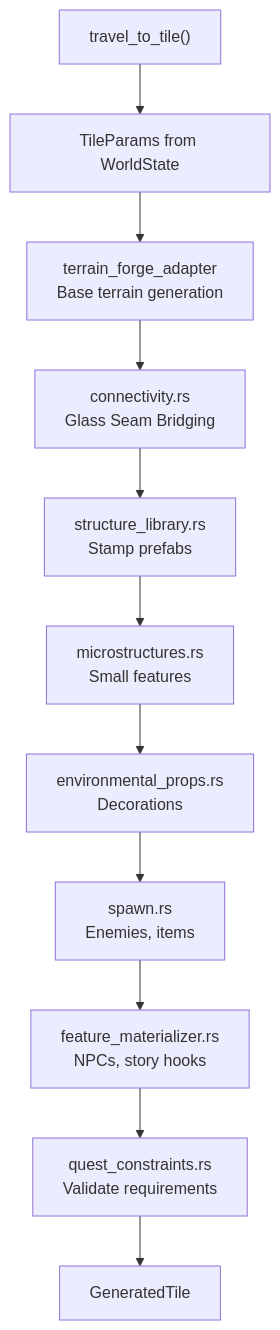
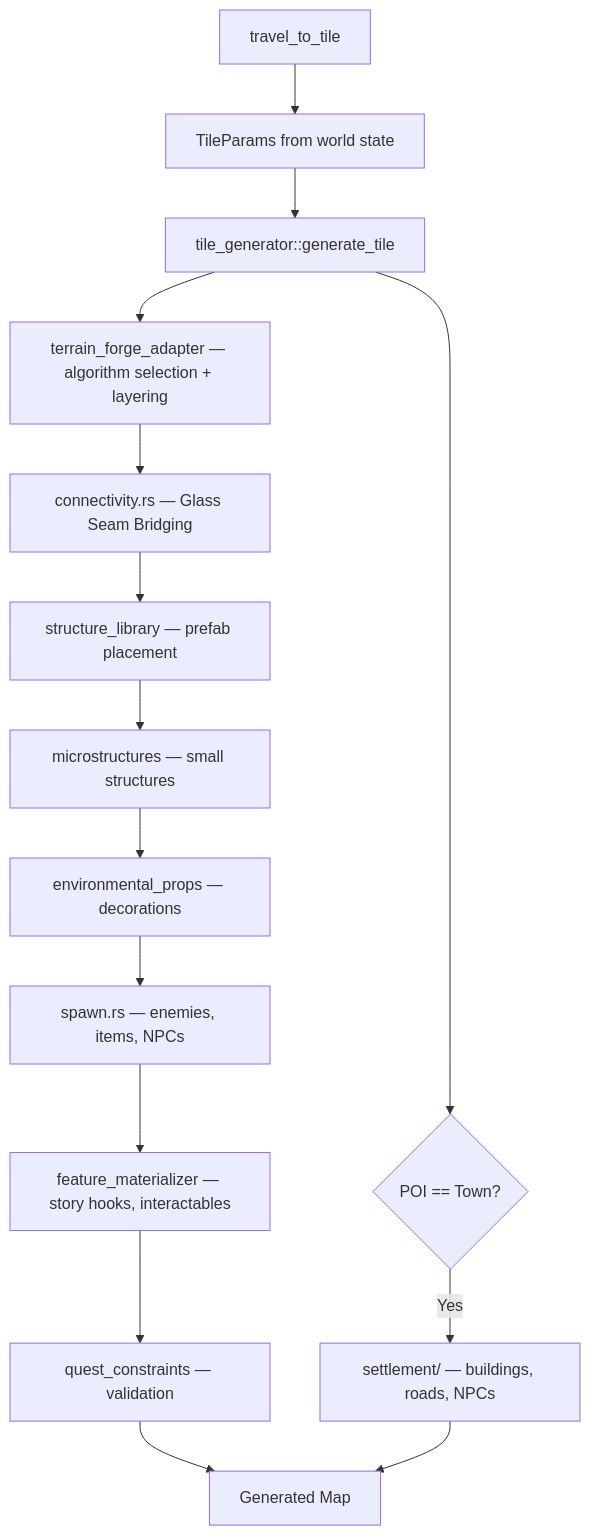
The fifth of 10 diagrams in .agents/summary/workflows.md (EliasVahlberg/saltglass-steppe), drawn with Mermaid before and after one commit. The commit also changed other lines of this file and 30 other files, not shown here.

````diff
--- a/.agents/summary/workflows.md
+++ b/.agents/summary/workflows.md
@@ -127,13 +91,19 @@
 ```mermaid
-graph TB
-    START["travel_to_tile()"] --> PARAMS["TileParams from WorldState"]
-    PARAMS --> TFA["terrain_forge_adapter<br/>Base terrain generation"]
-    TFA --> CONN["connectivity.rs<br/>Glass Seam Bridging"]
-    CONN --> STRUCT["structure_library.rs<br/>Stamp prefabs"]
-    STRUCT --> MICRO["microstructures.rs<br/>Small features"]
-    MICRO --> PROPS["environmental_props.rs<br/>Decorations"]
-    PROPS --> SPAWN["spawn.rs<br/>Enemies, items"]
-    SPAWN --> FEAT["feature_materializer.rs<br/>NPCs, story hooks"]
-    FEAT --> QUEST["quest_constraints.rs<br/>Validate requirements"]
-    QUEST --> DONE["GeneratedTile"]
+flowchart TD
+    TRAVEL[travel_to_tile] --> PARAMS[TileParams from world state]
+    PARAMS --> TILEGEN[tile_generator::generate_tile]
+    TILEGEN --> TERRAIN[terrain_forge_adapter — algorithm selection + layering]
+    TERRAIN --> CONNECT[connectivity.rs — Glass Seam Bridging]
+    CONNECT --> STRUCT[structure_library — prefab placement]
+    STRUCT --> MICRO[microstructures — small structures]
+    MICRO --> PROPS[environmental_props — decorations]
+    PROPS --> SPAWN[spawn.rs — enemies, items, NPCs]
+    SPAWN --> FEAT[feature_materializer — story hooks, interactables]
+    FEAT --> QUEST[quest_constraints — validation]
+    QUEST --> MAP[Generated Map]
+
+    SETTLE{POI == Town?}
+    TILEGEN --> SETTLE
+    SETTLE -->|Yes| TOWN[settlement/ — buildings, roads, NPCs]
+    TOWN --> MAP
 ```
````
